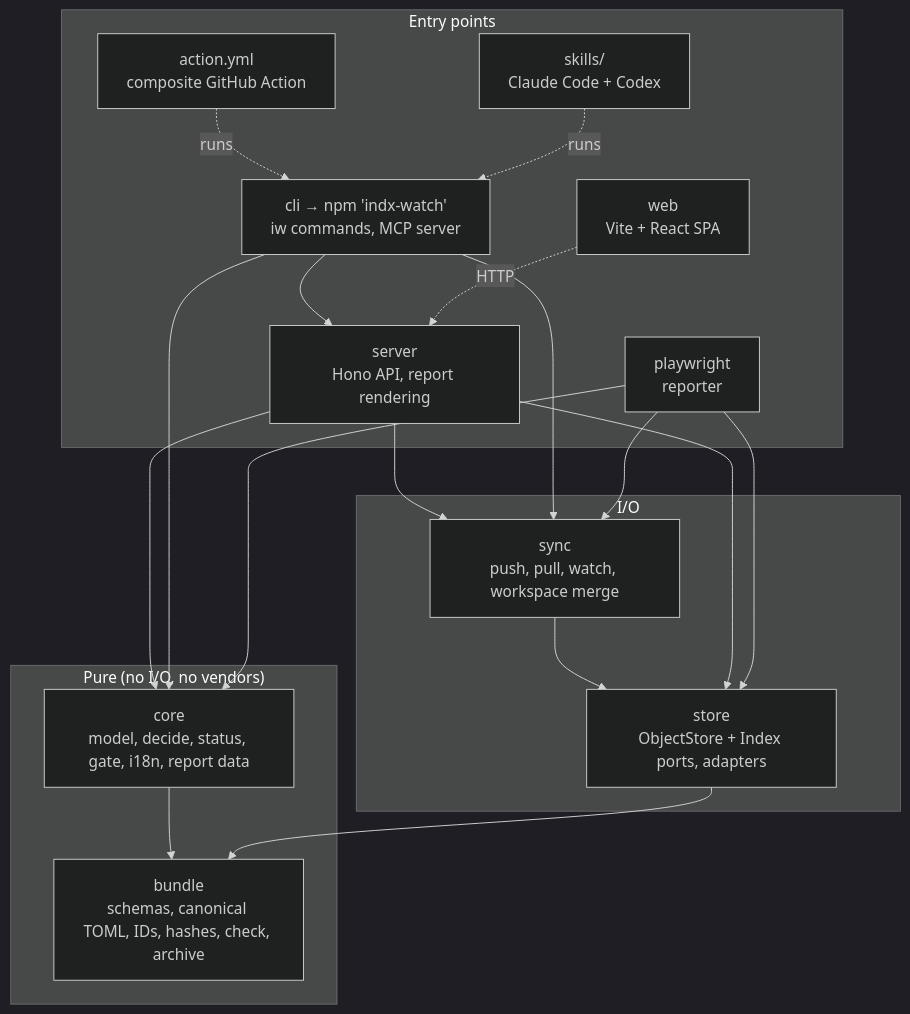
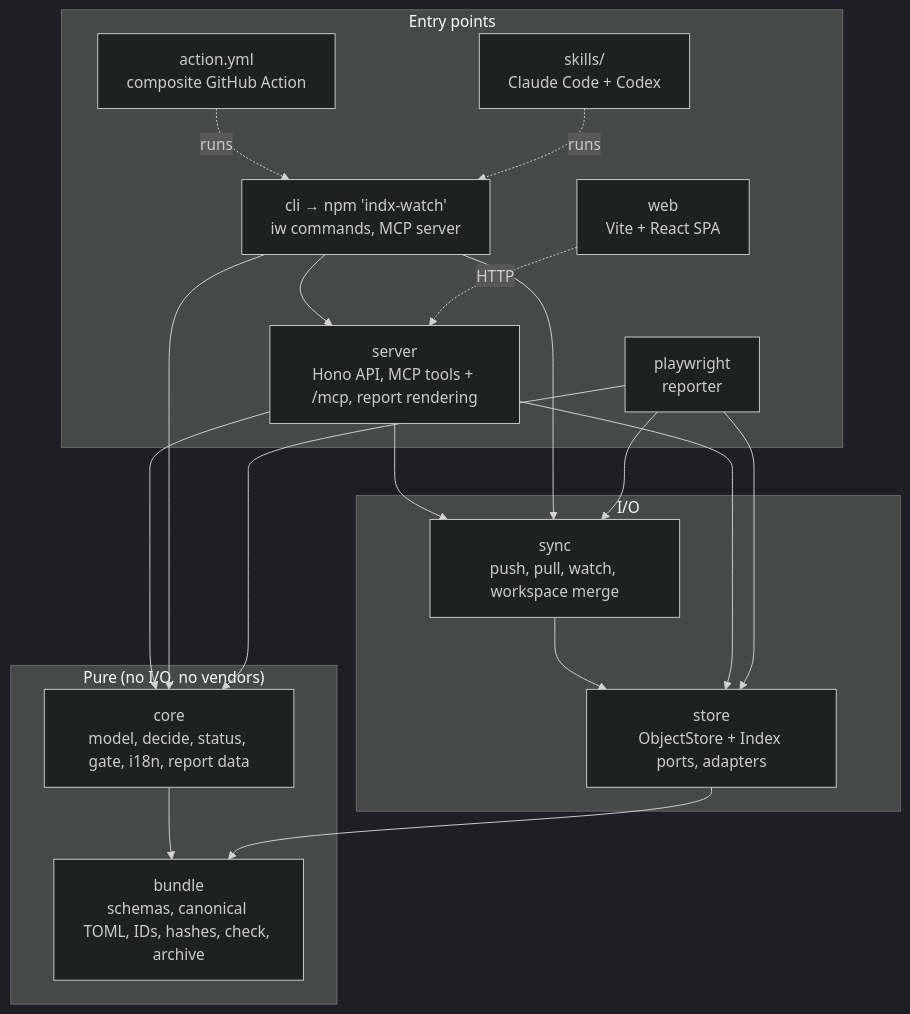
One commit to INDXDev/indx-watch changed the first of 2 diagrams in docs/architecture.md. Above: the diagram before and after it, drawn with Mermaid (dark theme). The commit also changed other lines of this file and 29 other files, not shown here.

First line of the commit message:
feat(server): Streamable HTTP MCP endpoint on the hosted server (T-205) (#31)

````diff
--- a/docs/architecture.md
+++ b/docs/architecture.md
@@ -7,28 +7,28 @@
 ```mermaid
 flowchart TB
   subgraph pure["Pure (no I/O, no vendors)"]
     bundle["bundle\nschemas, canonical TOML, IDs, hashes, check, archive"]
     core["core\nmodel, decide, status, gate, i18n, report data"]
   end
   subgraph io["I/O"]
     store["store\nObjectStore + Index ports, adapters"]
     sync["sync\npush, pull, watch, workspace merge"]
   end
   subgraph apps["Entry points"]
     cli["cli → npm 'indx-watch'\niw commands, MCP server"]
-    server["server\nHono API, report rendering"]
+    server["server\nHono API, MCP tools + /mcp, report rendering"]
     web["web\nVite + React SPA"]
     pw["playwright\nreporter"]
     action["action.yml\ncomposite GitHub Action"]
     skills["skills/\nClaude Code + Codex"]
   end
   core --> bundle
   store --> bundle
   sync --> store
   server --> core & store & sync
   cli --> server & sync & core
   pw --> core & store & sync
   web -. HTTP .-> server
   action -. runs .-> cli
   skills -. runs .-> cli
 ```
````
